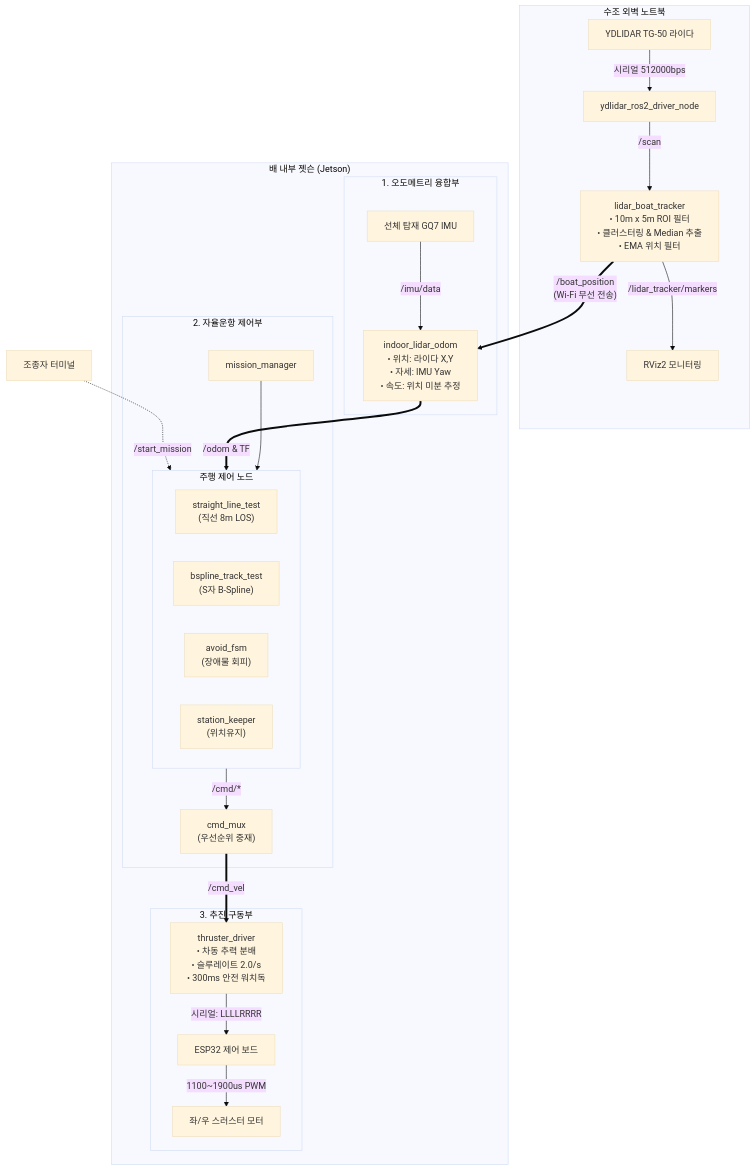
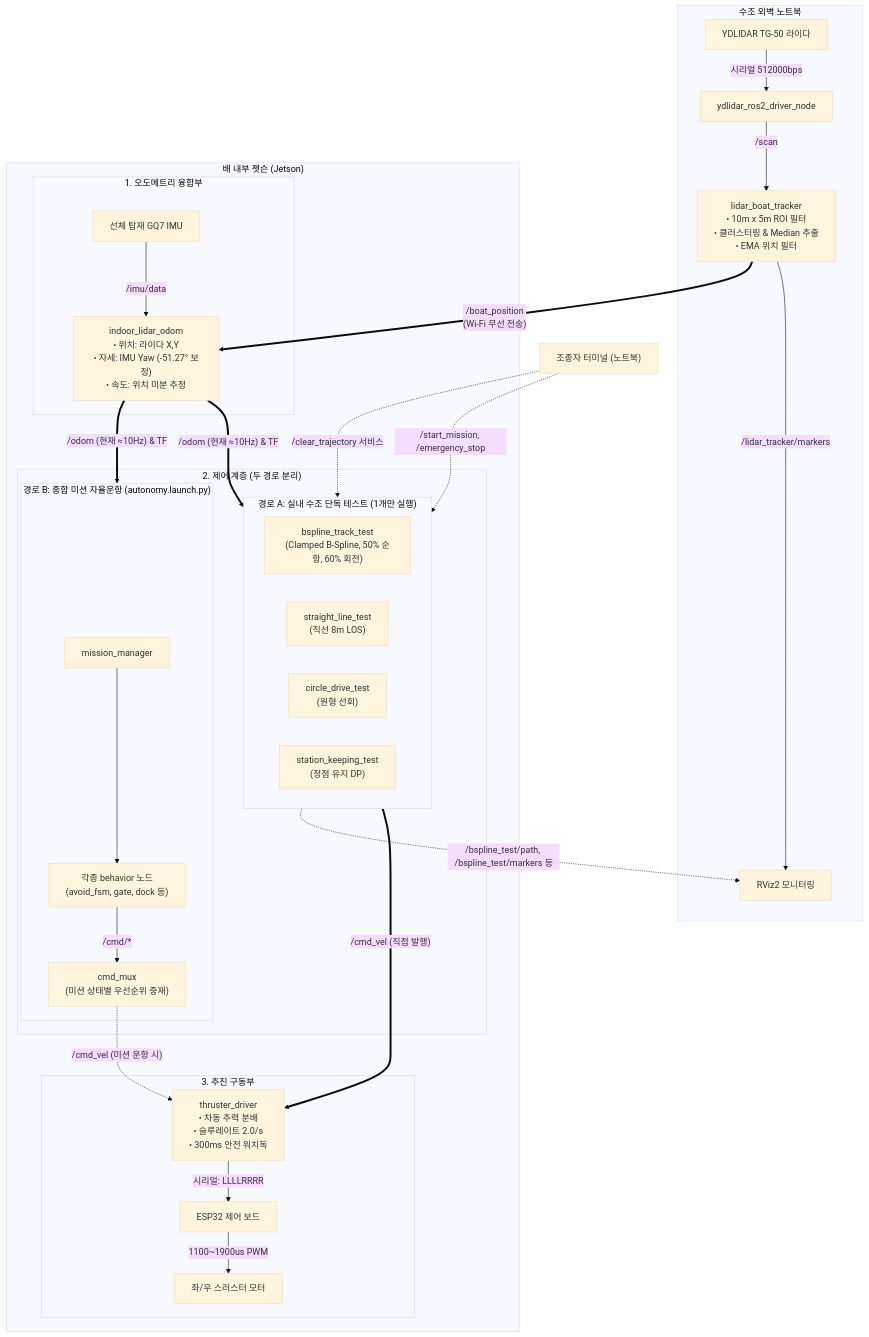
One commit to pegguiitar/kaboat_ws changed the diagram in SYSTEM_DATAFLOW.md. Above: the diagram before and after it, drawn with Mermaid (base theme). The commit also changed other lines of this file and 3 other files, not shown here.

````diff
--- a/SYSTEM_DATAFLOW.md
+++ b/SYSTEM_DATAFLOW.md
@@ -54,39 +64,46 @@
 ```mermaid
 flowchart TD
     subgraph LAPTOP ["수조 외벽 노트북"]
         LidarHW["YDLIDAR TG-50 라이다"] -->|"시리얼 512000bps"| Driver["ydlidar_ros2_driver_node"]
         Driver -->|"/scan"| Tracker["lidar_boat_tracker<br/>• 10m x 5m ROI 필터<br/>• 클러스터링 & Median 추출<br/>• EMA 위치 필터"]
         Tracker -->|"/lidar_tracker/markers"| Rviz["RViz2 모니터링"]
     end
 
     Tracker ==>|"/boat_position<br/>(Wi-Fi 무선 전송)"| OdomFusion
-    UserCmd["조종자 터미널"] -.->|"/start_mission"| AutonomyNodes
+    UserCmd["조종자 터미널 (노트북)"] -.->|"/start_mission, /emergency_stop"| TestNodes
+    UserCmd -.->|"/clear_trajectory 서비스"| TestNodes
 
     subgraph JETSON ["배 내부 젯슨 (Jetson)"]
         subgraph SENSORS ["1. 오도메트리 융합부"]
             IMU_HW["선체 탑재 GQ7 IMU"] -->|"/imu/data"| OdomFusion
-            OdomFusion["indoor_lidar_odom<br/>• 위치: 라이다 X,Y<br/>• 자세: IMU Yaw<br/>• 속도: 위치 미분 추정"]
+            OdomFusion["indoor_lidar_odom<br/>• 위치: 라이다 X,Y<br/>• 자세: IMU Yaw (-51.27° 보정)<br/>• 속도: 위치 미분 추정"]
         end
 
-        OdomFusion ==>|"/odom & TF"| AutonomyNodes
+        OdomFusion ==>|"/odom (현재 ≈10Hz) & TF"| TestNodes
+        OdomFusion ==>|"/odom (현재 ≈10Hz) & TF"| MissionAutonomy
 
-        subgraph CONTROL ["2. 자율운항 제어부"]
-            MissionMgr["mission_manager"] --> AutonomyNodes
-            subgraph AutonomyNodes ["주행 제어 노드"]
+        subgraph CONTROL ["2. 제어 계층 (두 경로 분리)"]
+            subgraph TestNodes ["경로 A: 실내 수조 단독 테스트 (1개만 실행)"]
+                BsplineNode["bspline_track_test<br/>(Clamped B-Spline, 50% 순항, 60% 회전)"]
                 StraightNode["straight_line_test<br/>(직선 8m LOS)"]
-                BsplineNode["bspline_track_test<br/>(S자 B-Spline)"]
-                AvoidNode["avoid_fsm<br/>(장애물 회피)"]
-                StationNode["station_keeper<br/>(위치유지)"]
+                CircleNode["circle_drive_test<br/>(원형 선회)"]
+                StationNode["station_keeping_test<br/>(정점 유지 DP)"]
             end
-            AutonomyNodes -->|"/cmd/*"| CmdMux["cmd_mux<br/>(우선순위 중재)"]
+
+            subgraph MissionAutonomy ["경로 B: 종합 미션 자율운항 (autonomy.launch.py)"]
+                MissionMgr["mission_manager"] --> Behaviors["각종 behavior 노드<br/>(avoid_fsm, gate, dock 등)"]
+                Behaviors -->|"/cmd/*"| CmdMux["cmd_mux<br/>(미션 상태별 우선순위 중재)"]
+            end
         end
 
-        CmdMux ==>|"/cmd_vel"| ThrusterNode
+        TestNodes ==>|"/cmd_vel (직접 발행)"| ThrusterNode
+        TestNodes -.->|"/bspline_test/path, /bspline_test/markers 등"| Rviz
+        CmdMux -.->|"/cmd_vel (미션 운항 시)"| ThrusterNode
 
         subgraph ACTUATION ["3. 추진 구동부"]
             ThrusterNode["thruster_driver<br/>• 차동 추력 분배<br/>• 슬루레이트 2.0/s<br/>• 300ms 안전 워치독"]
             ThrusterNode -->|"시리얼: LLLLRRRR\n"| ESP32["ESP32 제어 보드"]
             ESP32 -->|"1100~1900us PWM"| Motors["좌/우 스러스터 모터"]
         end
     end
 ```
````
